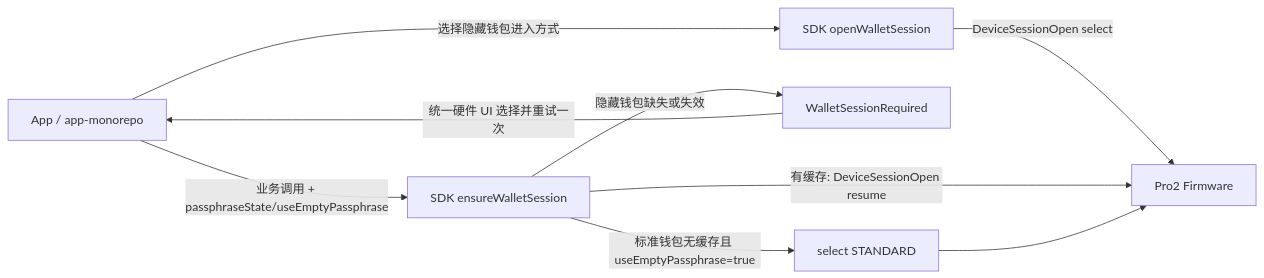
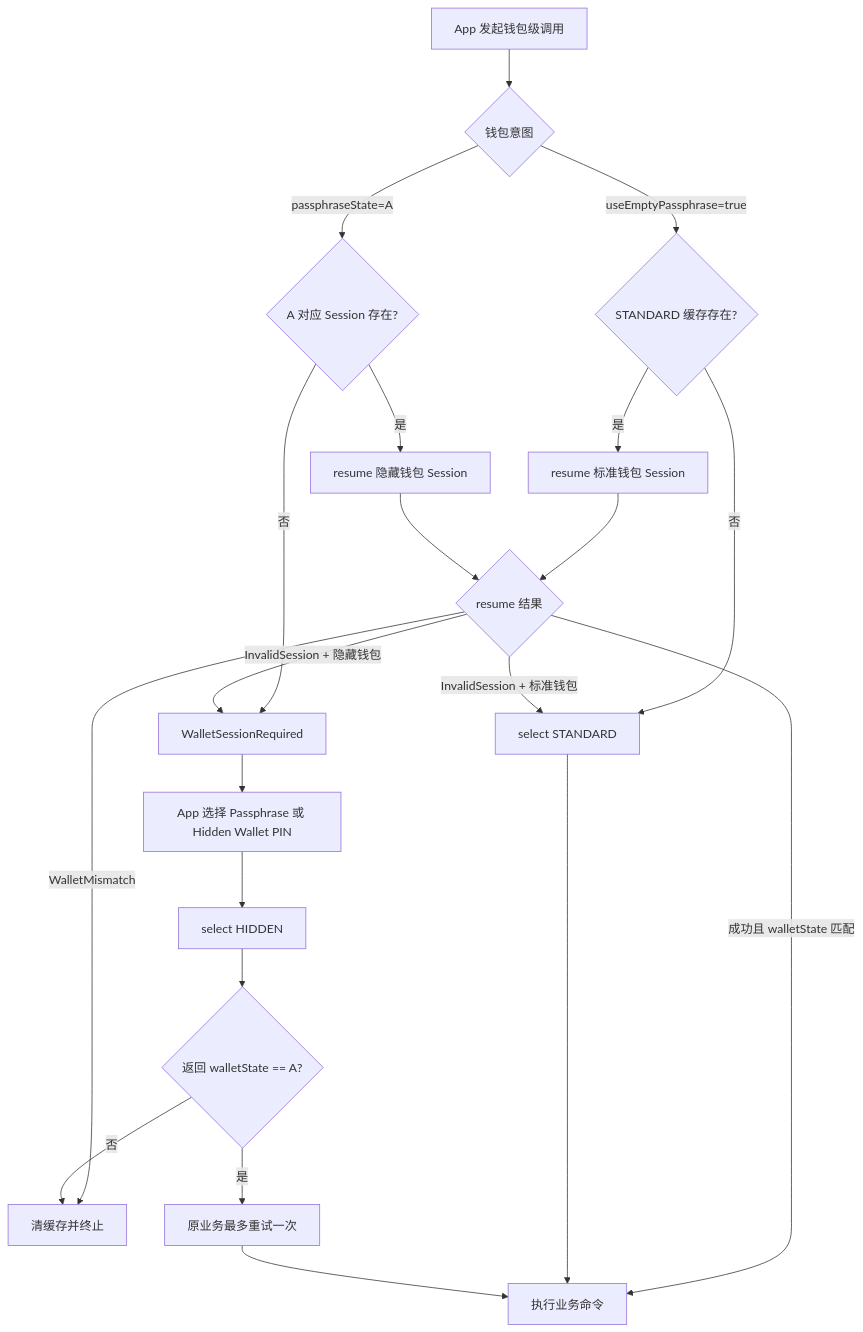
The first of 4 diagrams in docs/superpowers/specs/2026-07-16-pro2-eventless-wallet-session-design.md (OneKeyHQ/hardware-js-sdk), drawn with Mermaid before and after one commit. The commit also changed other lines of this file, not shown here.

Commit message:
docs: simplify Pro2 wallet session design

````diff
--- a/docs/superpowers/specs/2026-07-16-pro2-eventless-wallet-session-design.md
+++ b/docs/superpowers/specs/2026-07-16-pro2-eventless-wallet-session-design.md
@@ -102,11 +46,28 @@
 ```mermaid
-flowchart LR
-    App[App / app-monorepo] -->|选择隐藏钱包进入方式| Select[SDK openWalletSession]
-    Select -->|DeviceSessionOpen select| Device[Pro2 Firmware]
-    App -->|业务调用 + passphraseState/useEmptyPassphrase| Ensure[SDK ensureWalletSession]
-    Ensure -->|有缓存: DeviceSessionOpen resume| Device
-    Ensure -->|隐藏钱包缺失或失效| Required[WalletSessionRequired]
-    Required -->|统一硬件 UI 选择并重试一次| App
-    Ensure -->|标准钱包无缓存且 useEmptyPassphrase=true| SelectStandard[select STANDARD]
-    SelectStandard --> Device
+flowchart TD
+    Call[App 发起钱包级调用] --> Intent{钱包意图}
+
+    Intent -->|useEmptyPassphrase=true| StandardCache{STANDARD 缓存存在?}
+    StandardCache -->|是| ResumeStandard[resume 标准钱包 Session]
+    StandardCache -->|否| SelectStandard[select STANDARD]
+
+    Intent -->|passphraseState=A| HiddenCache{A 对应 Session 存在?}
+    HiddenCache -->|是| ResumeHidden[resume 隐藏钱包 Session]
+    HiddenCache -->|否| Required[WalletSessionRequired]
+
+    ResumeStandard --> ResumeResult{resume 结果}
+    ResumeHidden --> ResumeResult
+    ResumeResult -->|成功且 walletState 匹配| Business[执行业务命令]
+    ResumeResult -->|InvalidSession + 标准钱包| SelectStandard
+    ResumeResult -->|InvalidSession + 隐藏钱包| Required
+    ResumeResult -->|WalletMismatch| Stop[清缓存并终止]
+
+    Required --> Choice[App 选择 Passphrase 或 Hidden Wallet PIN]
+    Choice --> SelectHidden[select HIDDEN]
+    SelectHidden --> Verify{返回 walletState == A?}
+    Verify -->|是| Retry[原业务最多重试一次]
+    Verify -->|否| Stop
+
+    SelectStandard --> Business
+    Retry --> Business
 ```
````
